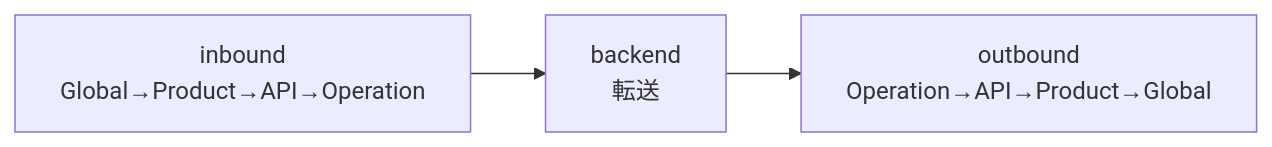
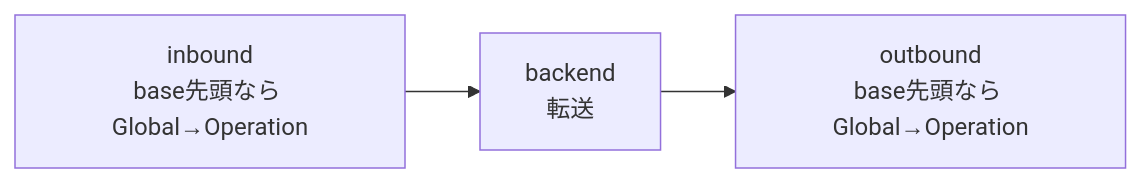
Before and after one commit to yoyoma-ru/Azure: the fifth of 5 diagrams in api-management/notes/week3.md, drawn with Mermaid. The commit also changed other lines of this file, not shown here.

First line of the commit message:
Week 3 ノートを訂正：評価順序は <base/> の位置で決まる（outbound 自動逆順は誤り）

````diff
--- a/api-management/notes/week3.md
+++ b/api-management/notes/week3.md
@@ -203,8 +228,8 @@
 ```mermaid
 flowchart LR
-    IN["inbound<br/>Global→Product→API→Operation"]
+    IN["inbound<br/>base先頭なら Global→Operation"]
     BK["backend<br/>転送"]
-    OUT["outbound<br/>Operation→API→Product→Global"]
+    OUT["outbound<br/>base先頭なら Global→Operation"]
 
     IN --> BK --> OUT
 ```
````
